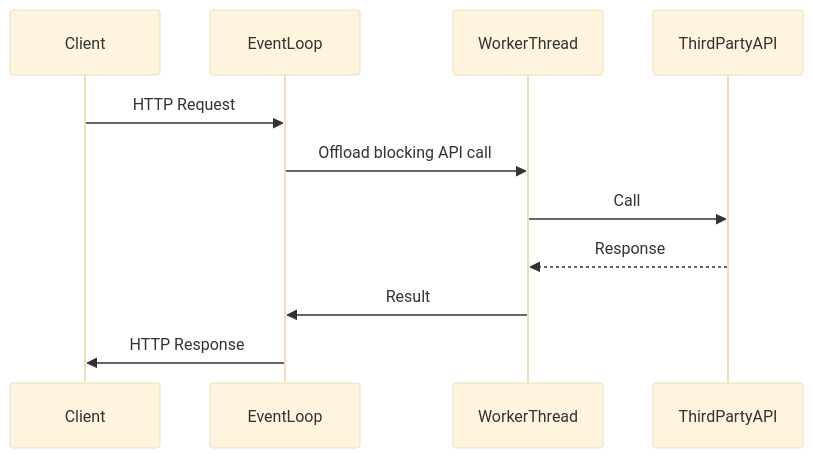
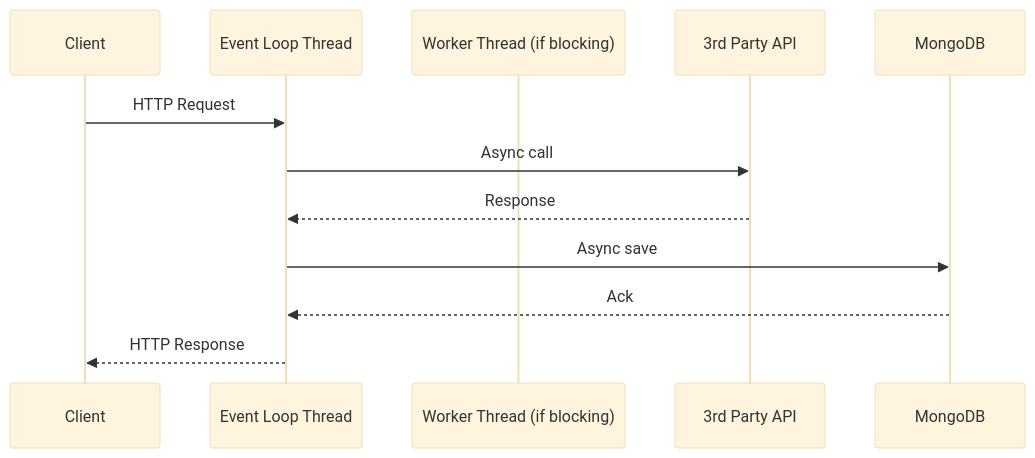
Before and after one commit to sonuprajapati15/Web-frameworks: the fifth of 7 diagrams in README.md, drawn with Mermaid (base theme). The commit also changed other lines of this file, not shown here.

````diff
--- a/README.md
+++ b/README.md
@@ -316,14 +414,15 @@
 ```mermaid
 sequenceDiagram
     participant Client
-    participant EventLoop
-    participant WorkerThread
-    participant ThirdPartyAPI
+    participant Event Loop Thread
+    participant Worker Thread (if blocking)
+    participant 3rd Party API
+    participant MongoDB
 
-    Client->>EventLoop: HTTP Request
-    EventLoop->>WorkerThread: Offload blocking API call
-    WorkerThread->>ThirdPartyAPI: Call
-    ThirdPartyAPI-->>WorkerThread: Response
-    WorkerThread->>EventLoop: Result
-    EventLoop->>Client: HTTP Response
+    Client->>Event Loop Thread: HTTP Request
+    Event Loop Thread->>3rd Party API: Async call
+    3rd Party API-->>Event Loop Thread: Response
+    Event Loop Thread->>MongoDB: Async save
+    MongoDB-->>Event Loop Thread: Ack
+    Event Loop Thread-->>Client: HTTP Response
 ```
````
